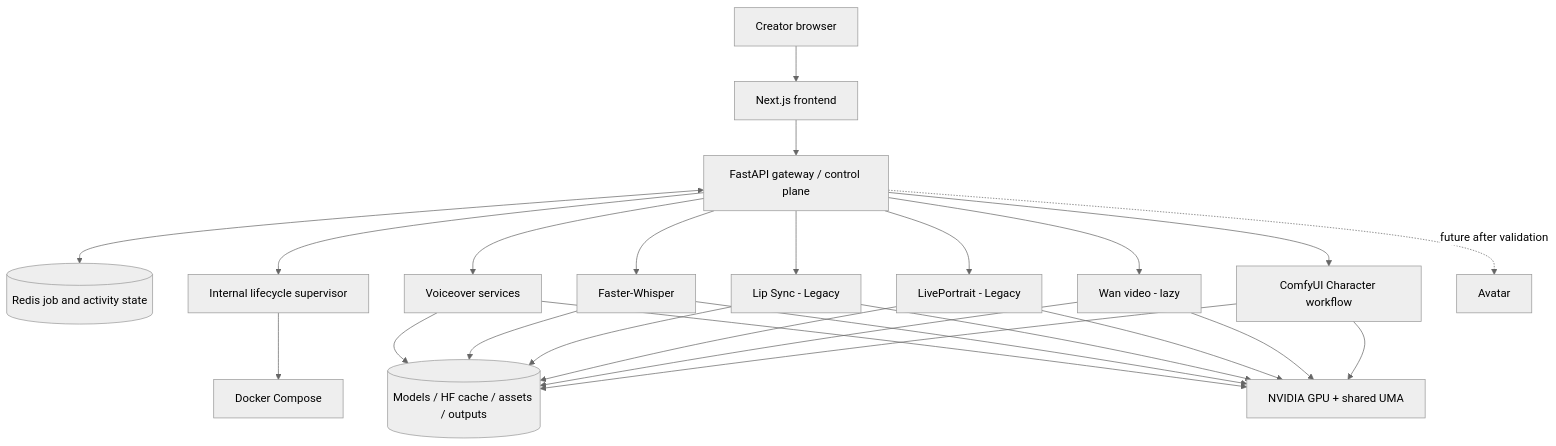
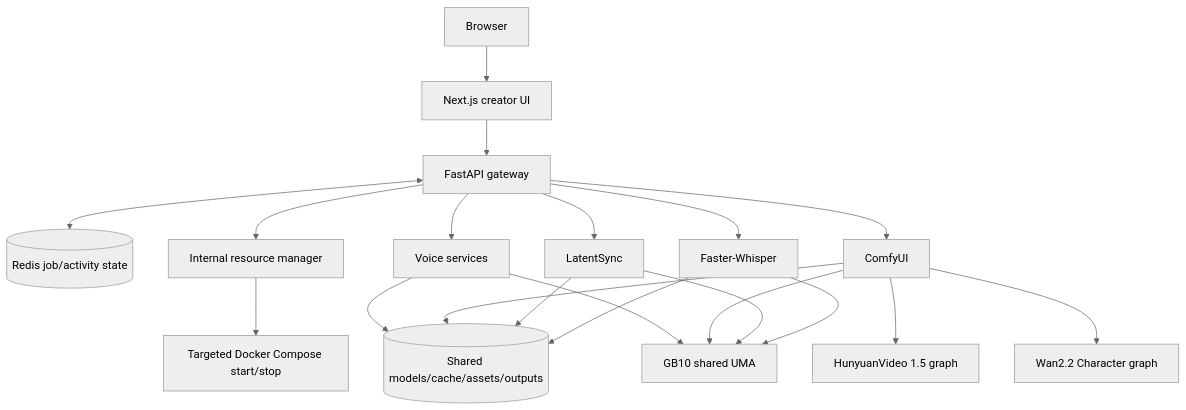
The first of 2 diagrams in ARCHITECTURE.md (AlirezaAlampour/neonforge), drawn with Mermaid (neutral theme) before and after one commit. The commit also changed other lines of this file and 50 other files, not shown here.

````diff
--- a/ARCHITECTURE.md
+++ b/ARCHITECTURE.md
@@ -5,19 +5,18 @@
 ```mermaid
 flowchart TD
-    Browser[Creator browser] --> Frontend[Next.js frontend]
-    Frontend --> Gateway[FastAPI gateway / control plane]
-    Gateway <--> Redis[(Redis job and activity state)]
-    Gateway --> Supervisor[Internal lifecycle supervisor]
-    Supervisor --> Compose[Docker Compose]
+    Browser --> Frontend[Next.js creator UI]
+    Frontend --> Gateway[FastAPI gateway]
+    Gateway <--> Redis[(Redis job/activity state)]
+    Gateway --> Supervisor[Internal resource manager]
+    Supervisor --> Compose[Targeted Docker Compose start/stop]
 
-    Gateway --> Voice[Voiceover services]
+    Gateway --> Voice[Voice services]
+    Gateway --> Comfy[ComfyUI]
+    Gateway --> Lip[LatentSync]
     Gateway --> Whisper[Faster-Whisper]
-    Gateway --> Lip[Lip Sync - Legacy]
-    Gateway --> Live[LivePortrait - Legacy]
-    Gateway --> Wan[Wan video - lazy]
-    Gateway --> Comfy[ComfyUI Character workflow]
-    Gateway -. future after validation .-> Avatar[Avatar]
 
-    Voice & Whisper & Lip & Live & Wan & Comfy --> Storage[(Models / HF cache / assets / outputs)]
-    Voice & Whisper & Lip & Live & Wan & Comfy --> UMA[NVIDIA GPU + shared UMA]
+    Comfy --> Hunyuan[HunyuanVideo 1.5 graph]
+    Comfy --> Character[Wan2.2 Character graph]
+    Voice & Comfy & Lip & Whisper --> Storage[(Shared models/cache/assets/outputs)]
+    Voice & Comfy & Lip & Whisper --> UMA[GB10 shared UMA]
 ```
````
